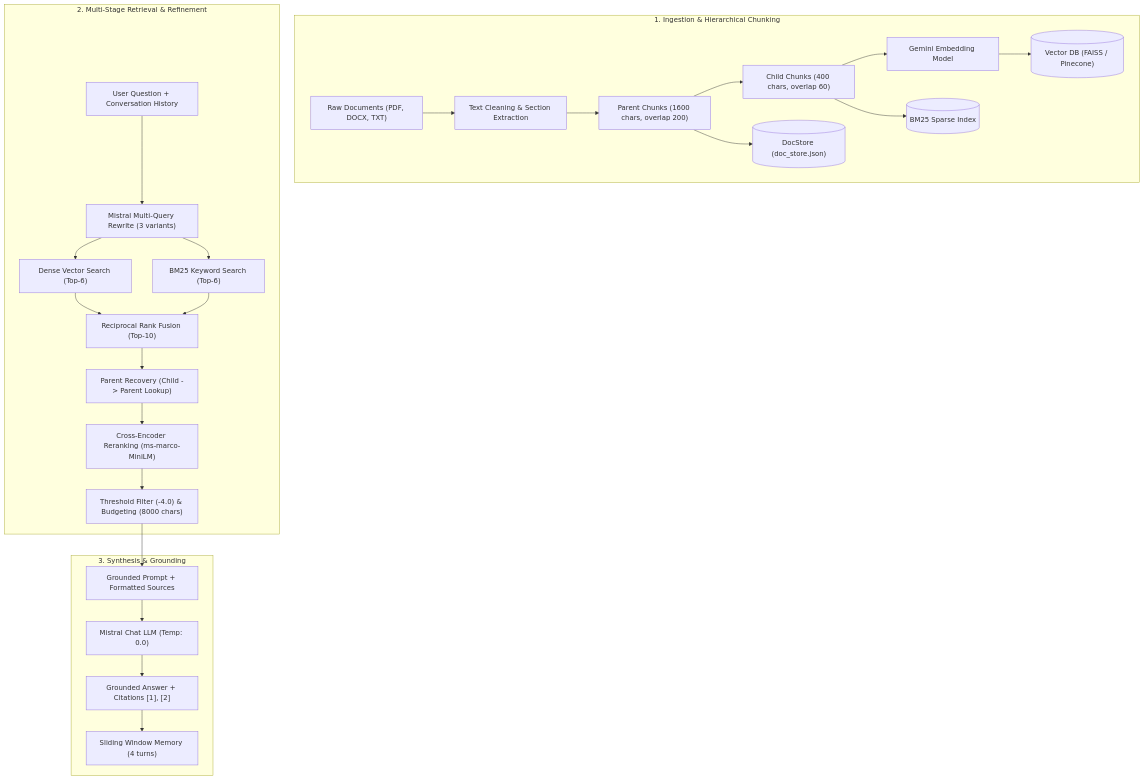
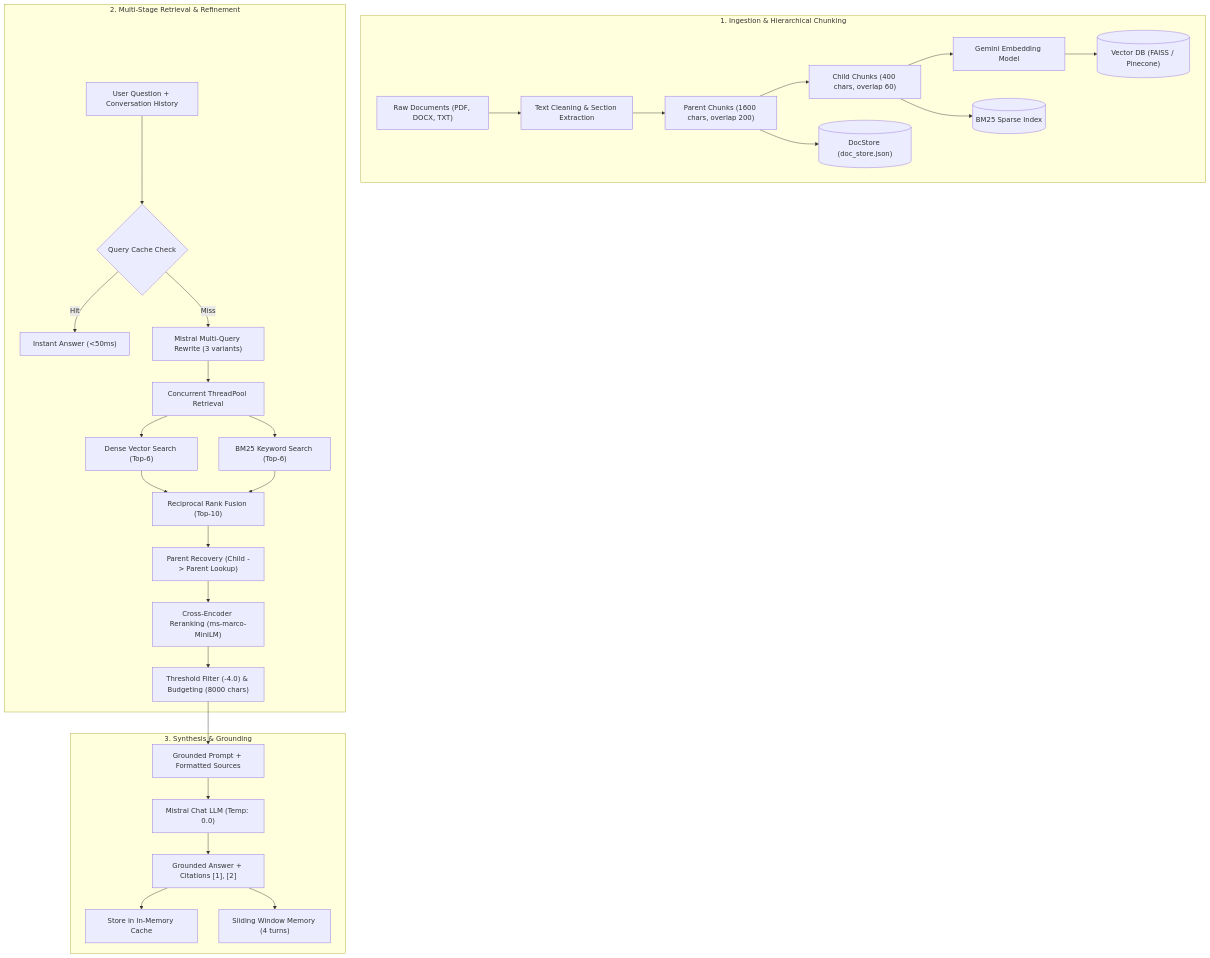
The diagram in README.md (Ankitkumar1141/NexusRAG), drawn with Mermaid before and after one commit. The commit also changed other lines of this file and 3 other files, not shown here.

````diff
--- a/README.md
+++ b/README.md
@@ -27,29 +41,33 @@
 ```mermaid
 flowchart TD
     subgraph Ingestion ["1. Ingestion & Hierarchical Chunking"]
         Docs["Raw Documents (PDF, DOCX, TXT)"] --> Clean["Text Cleaning & Section Extraction"]
         Clean --> ParentSplit["Parent Chunks (1600 chars, overlap 200)"]
         ParentSplit --> ChildSplit["Child Chunks (400 chars, overlap 60)"]
         ParentSplit --> DocStore[("DocStore (doc_store.json)")]
         ChildSplit --> Embeddings["Gemini Embedding Model"]
         Embeddings --> VectorDB[("Vector DB (FAISS / Pinecone)")]
         ChildSplit --> BM25Index[("BM25 Sparse Index")]
     end
 
     subgraph QueryPipeline ["2. Multi-Stage Retrieval & Refinement"]
-        UserQuery["User Question + Conversation History"] --> MultiQuery["Mistral Multi-Query Rewrite (3 variants)"]
-        MultiQuery --> DenseSearch["Dense Vector Search (Top-6)"]
-        MultiQuery --> SparseSearch["BM25 Keyword Search (Top-6)"]
+        UserQuery["User Question + Conversation History"] --> CacheCheck{"Query Cache Check"}
+        CacheCheck -- Hit --> CachedResponse["Instant Answer (<50ms)"]
+        CacheCheck -- Miss --> MultiQuery["Mistral Multi-Query Rewrite (3 variants)"]
+        MultiQuery --> ParallelSearch["Concurrent ThreadPool Retrieval"]
+        ParallelSearch --> DenseSearch["Dense Vector Search (Top-6)"]
+        ParallelSearch --> SparseSearch["BM25 Keyword Search (Top-6)"]
         DenseSearch & SparseSearch --> RRF["Reciprocal Rank Fusion (Top-10)"]
         RRF --> ParentRecovery["Parent Recovery (Child -> Parent Lookup)"]
         ParentRecovery --> Rerank["Cross-Encoder Reranking (ms-marco-MiniLM)"]
         Rerank --> Refinement["Threshold Filter (-4.0) & Budgeting (8000 chars)"]
     end
 
     subgraph Generation ["3. Synthesis & Grounding"]
         Refinement --> Prompt["Grounded Prompt + Formatted Sources"]
         Prompt --> LLM["Mistral Chat LLM (Temp: 0.0)"]
         LLM --> Response["Grounded Answer + Citations [1], [2]"]
+        Response --> CacheStore["Store in In-Memory Cache"]
         Response --> Memory["Sliding Window Memory (4 turns)"]
     end
 ```
````
